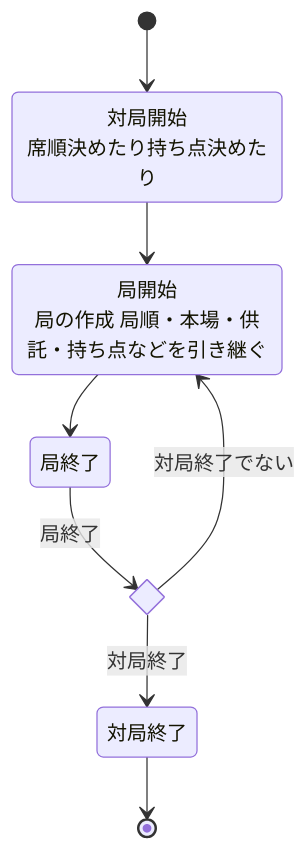
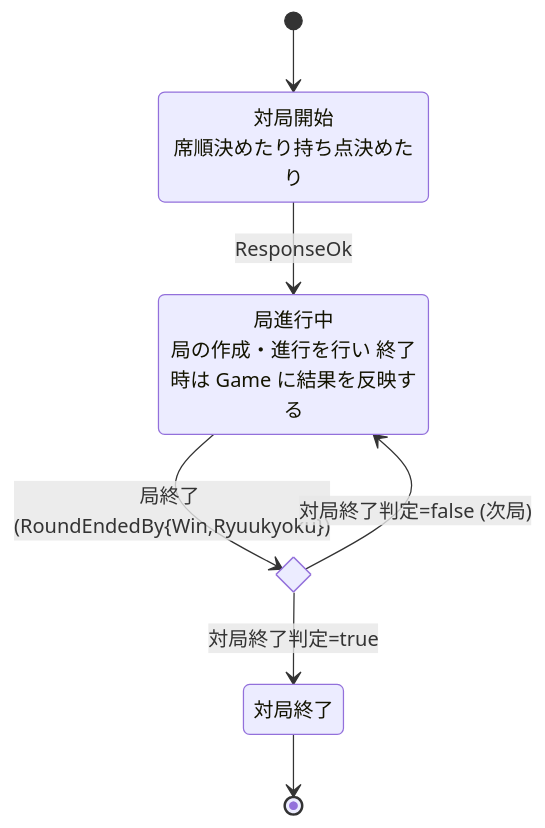
Before and after one commit to huurou/Mahjong4: the first of 2 diagrams in docs/Design.md, drawn with Mermaid. The commit also changed other lines of this file and 46 other files, not shown here.

````diff
--- a/docs/Design.md
+++ b/docs/Design.md
@@ -43,16 +43,14 @@
 ```mermaid
 stateDiagram-v2
-    GameInit: 対局開始<br>席順決めたり持ち点決めたり
-    RoundInit: 局開始<br>局の作成 局順・本場・供託・持ち点などを引き継ぐ
-    RoundEnd: 局終了
+    GameStateInit: 対局開始<br>席順決めたり持ち点決めたり
+    GameStateRoundRunning: 局進行中<br>局の作成・進行を行い 終了時は Game に結果を反映する
     state ChoiceGameEnd <<choice>>
-    GameEnd: 対局終了
+    GameStateEnd: 対局終了
 
-    [*] --> GameInit
-    GameInit --> RoundInit
-    RoundInit --> RoundEnd
-    RoundEnd --> ChoiceGameEnd: 局終了
-    ChoiceGameEnd --> GameEnd: 対局終了
-    ChoiceGameEnd --> RoundInit: 対局終了でない
-    GameEnd --> [*]
+    [*] --> GameStateInit
+    GameStateInit --> GameStateRoundRunning: ResponseOk
+    GameStateRoundRunning --> ChoiceGameEnd: 局終了 (RoundEndedBy{Win,Ryuukyoku})
+    ChoiceGameEnd --> GameStateEnd: 対局終了判定=true
+    ChoiceGameEnd --> GameStateRoundRunning: 対局終了判定=false (次局)
+    GameStateEnd --> [*]
 ```
````
